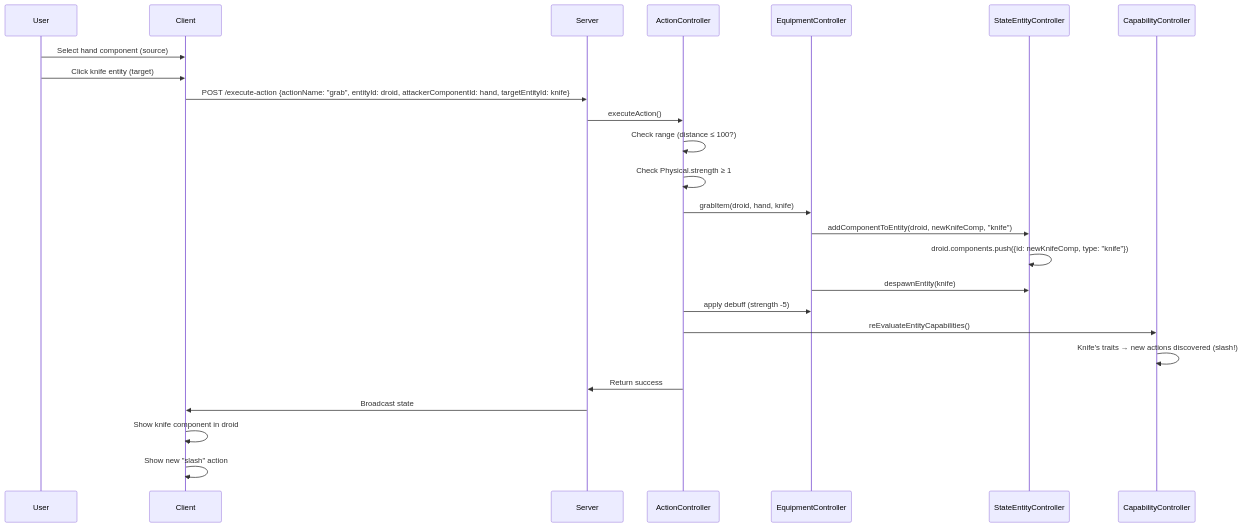
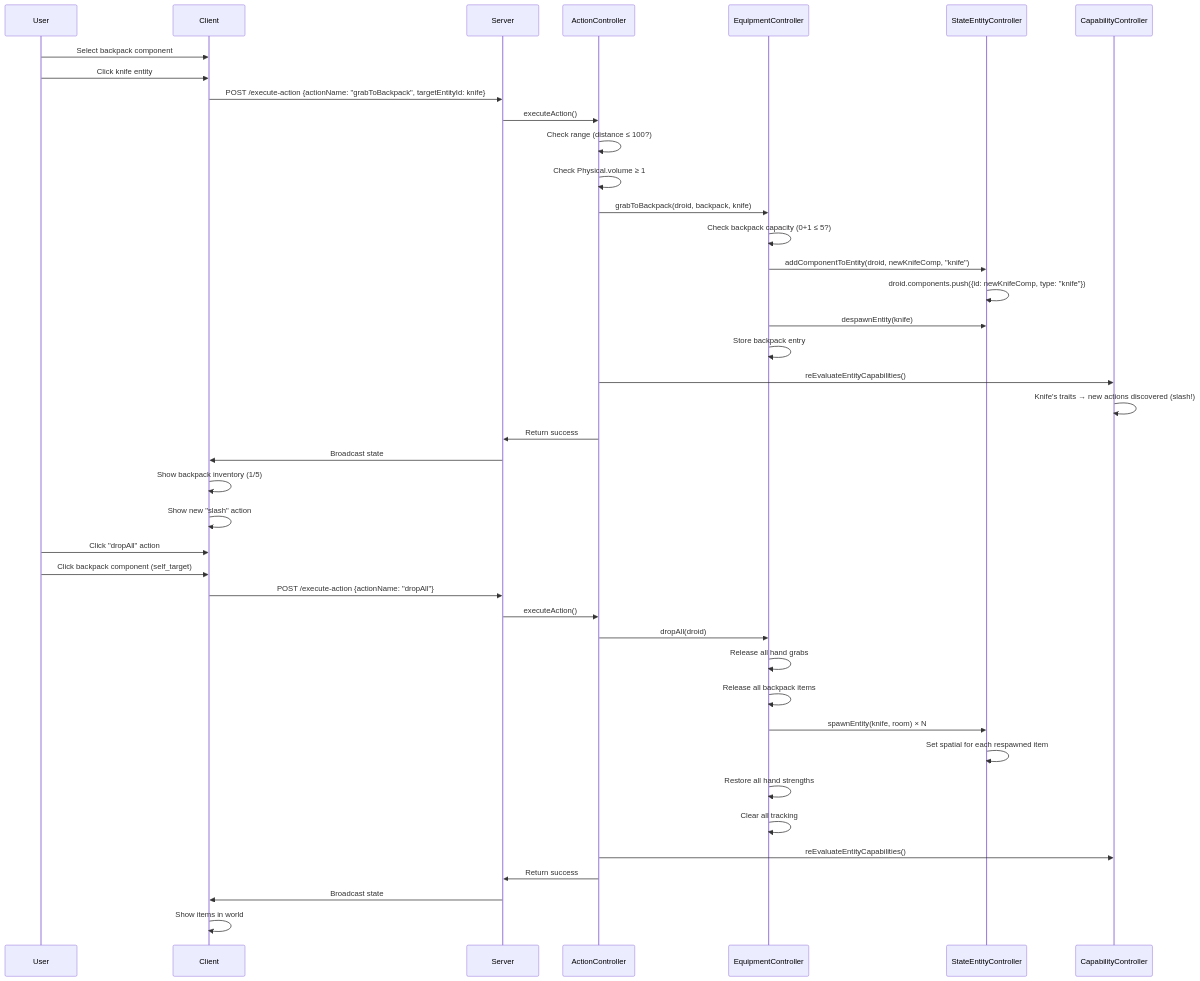
The diagram in wiki/subMDs/equipment_system.md (Rhuan-P-Dev/slopSimulacrum), drawn with Mermaid before and after one commit. The commit also changed other lines of this file and 10 other files, not shown here.

First line of the commit message:
feat: add droid backpack component and inventory actions

````diff
--- a/wiki/subMDs/equipment_system.md
+++ b/wiki/subMDs/equipment_system.md
@@ -292,28 +398,47 @@
 ```mermaid
 sequenceDiagram
     participant U as User
     participant C as Client
     participant S as Server
     participant AC as ActionController
     participant EC as EquipmentController
     participant SEC as StateEntityController
     participant CCC as CapabilityController
 
-    U->>C: Select hand component (source)
-    U->>C: Click knife entity (target)
-    C->>S: POST /execute-action {actionName: "grab", entityId: droid, attackerComponentId: hand, targetEntityId: knife}
+    %% Grab to Backpack
+    U->>C: Select backpack component
+    U->>C: Click knife entity
+    C->>S: POST /execute-action {actionName: "grabToBackpack", targetEntityId: knife}
     S->>AC: executeAction()
     AC->>AC: Check range (distance ≤ 100?)
-    AC->>AC: Check Physical.strength ≥ 1
-    AC->>EC: grabItem(droid, hand, knife)
+    AC->>AC: Check Physical.volume ≥ 1
+    AC->>EC: grabToBackpack(droid, backpack, knife)
+    EC->>EC: Check backpack capacity (0+1 ≤ 5?)
     EC->>SEC: addComponentToEntity(droid, newKnifeComp, "knife")
     SEC->>SEC: droid.components.push({id: newKnifeComp, type: "knife"})
     EC->>SEC: despawnEntity(knife)
-    AC->>EC: apply debuff (strength -5)
+    EC->>EC: Store backpack entry
     AC->>CCC: reEvaluateEntityCapabilities()
     CCC->>CCC: Knife's traits → new actions discovered (slash!)
     AC->>S: Return success
     S->>C: Broadcast state
-    C->>C: Show knife component in droid
+    C->>C: Show backpack inventory (1/5)
     C->>C: Show new "slash" action
+
+    %% Drop All
+    U->>C: Click "dropAll" action
+    U->>C: Click backpack component (self_target)
+    C->>S: POST /execute-action {actionName: "dropAll"}
+    S->>AC: executeAction()
+    AC->>EC: dropAll(droid)
+    EC->>EC: Release all hand grabs
+    EC->>EC: Release all backpack items
+    EC->>SEC: spawnEntity(knife, room) × N
+    SEC->>SEC: Set spatial for each respawned item
+    EC->>EC: Restore all hand strengths
+    EC->>EC: Clear all tracking
+    AC->>CCC: reEvaluateEntityCapabilities()
+    AC->>S: Return success
+    S->>C: Broadcast state
+    C->>C: Show items in world
 ```
````
